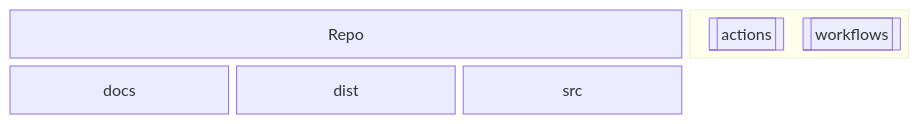
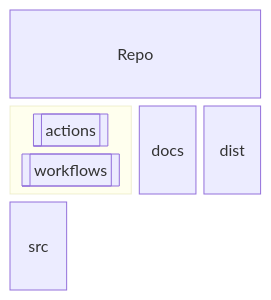
Before and after one commit to Zheng-Bote/repo-template: the first of 3 diagrams in README.md, drawn with Mermaid.

Commit message:
fix: Mermaid extended

````diff
--- a/README.md
+++ b/README.md
@@ -187,11 +187,11 @@
 ```mermaid
 block-beta
   columns 4
-  Repo:3
-  block:group1:1
-    columns 2
+  Repo:4
+  block:group1:2
+    columns 1
       id1[["actions"]]
       id2[["workflows"]]
   end
   docs dist src
 ```
````
